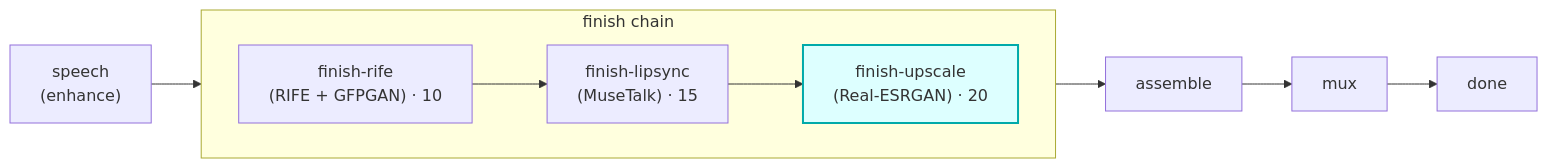
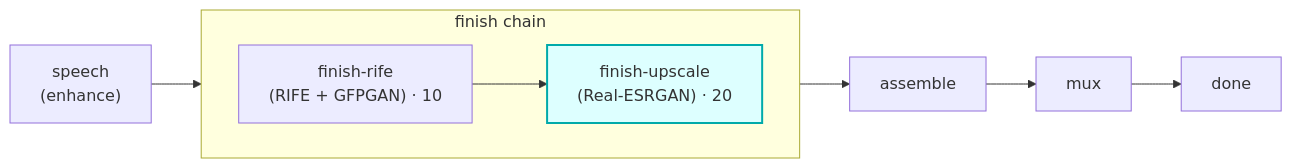
One commit to skyphusion-labs/vivijure-cf changed the diagram in modules/finish-upscale/README.md. Above: the diagram before and after it, drawn with Mermaid. The commit also changed other lines of this file and 96 other files, not shown here.

````diff
--- a/modules/finish-upscale/README.md
+++ b/modules/finish-upscale/README.md
@@ -13,18 +13,17 @@
 ```mermaid
 flowchart LR
   sp["speech<br/>(enhance)"]
   subgraph finish["finish chain"]
     direction LR
     rife["finish-rife<br/>(RIFE + GFPGAN) · 10"]
-    ls["finish-lipsync<br/>(MuseTalk) · 15"]
     up["finish-upscale<br/>(Real-ESRGAN) · 20"]
   end
   asm["assemble"]
   mux["mux"]
   done["done"]
 
   sp --> rife
-  rife --> ls --> up --> asm --> mux --> done
+  rife --> up --> asm --> mux --> done
 
   style up fill:#dff,stroke:#0aa,stroke-width:2px
 ```
````
